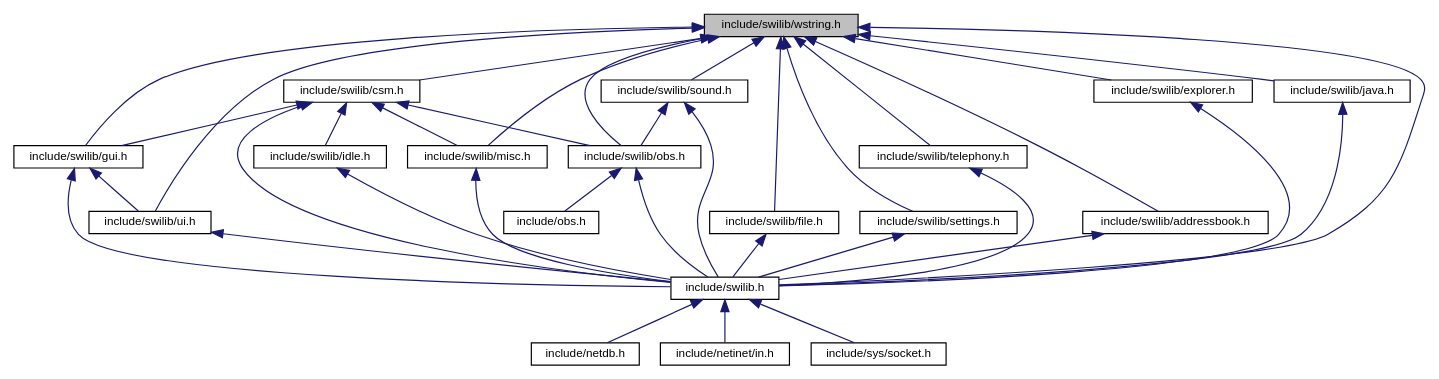
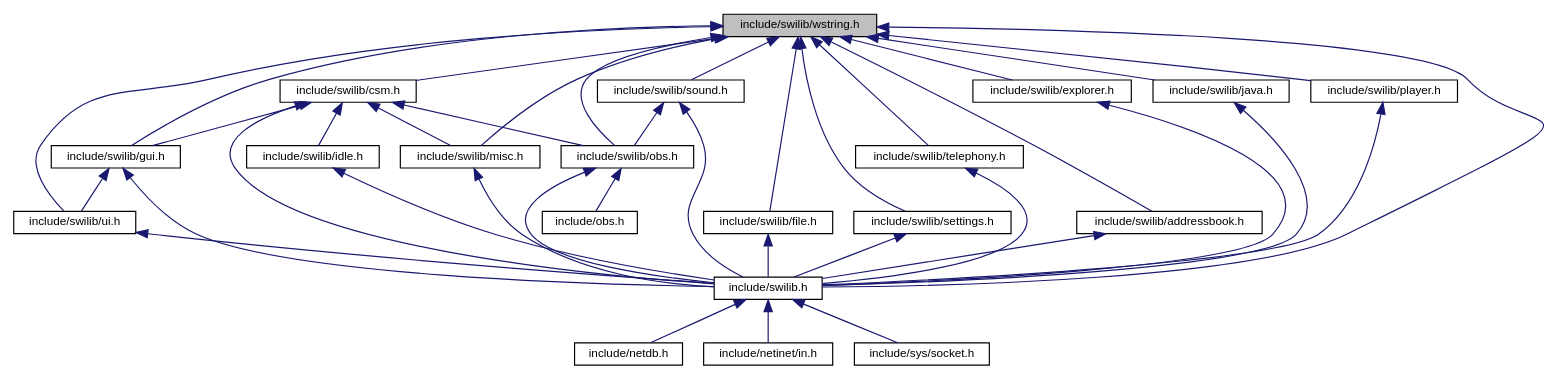
Before and after one commit to siemens-mobile-hacks/sdk: the diagram in swilib/SG_X75/wstring_8h__dep__incl.dot, drawn with Graphviz. The commit also changed 1269 other files, not shown here.

```diff
--- a/swilib/SG_X75/wstring_8h__dep__incl.dot
+++ b/swilib/SG_X75/wstring_8h__dep__incl.dot
@@ -1,61 +1,64 @@
 digraph "include/swilib/wstring.h"
 {
  // LATEX_PDF_SIZE
   edge [fontname="Helvetica",fontsize="10",labelfontname="Helvetica",labelfontsize="10"];
   node [fontname="Helvetica",fontsize="10",shape=record];
   Node1 [label="include/swilib/wstring.h",height=0.2,width=0.4,color="black", fillcolor="grey75", style="filled", fontcolor="black",tooltip=" "];
   Node1 -> Node2 [dir="back",color="midnightblue",fontsize="10",style="solid",fontname="Helvetica"];
   Node2 [label="include/swilib.h",height=0.2,width=0.4,color="black", fillcolor="white", style="filled",URL="$swilib_8h.html",tooltip=" "];
   Node2 -> Node3 [dir="back",color="midnightblue",fontsize="10",style="solid",fontname="Helvetica"];
   Node3 [label="include/netdb.h",height=0.2,width=0.4,color="black", fillcolor="white", style="filled",URL="$netdb_8h.html",tooltip=" "];
   Node2 -> Node4 [dir="back",color="midnightblue",fontsize="10",style="solid",fontname="Helvetica"];
   Node4 [label="include/netinet/in.h",height=0.2,width=0.4,color="black", fillcolor="white", style="filled",URL="$in_8h.html",tooltip=" "];
   Node2 -> Node5 [dir="back",color="midnightblue",fontsize="10",style="solid",fontname="Helvetica"];
   Node5 [label="include/sys/socket.h",height=0.2,width=0.4,color="black", fillcolor="white", style="filled",URL="$sys_2socket_8h.html",tooltip=" "];
   Node1 -> Node6 [dir="back",color="midnightblue",fontsize="10",style="solid",fontname="Helvetica"];
   Node6 [label="include/swilib/csm.h",height=0.2,width=0.4,color="black", fillcolor="white", style="filled",URL="$csm_8h.html",tooltip=" "];
   Node6 -> Node2 [dir="back",color="midnightblue",fontsize="10",style="solid",fontname="Helvetica"];
   Node6 -> Node7 [dir="back",color="midnightblue",fontsize="10",style="solid",fontname="Helvetica"];
   Node7 [label="include/swilib/gui.h",height=0.2,width=0.4,color="black", fillcolor="white", style="filled",URL="$gui_8h.html",tooltip=" "];
   Node7 -> Node2 [dir="back",color="midnightblue",fontsize="10",style="solid",fontname="Helvetica"];
   Node7 -> Node8 [dir="back",color="midnightblue",fontsize="10",style="solid",fontname="Helvetica"];
   Node8 [label="include/swilib/ui.h",height=0.2,width=0.4,color="black", fillcolor="white", style="filled",URL="$ui_8h.html",tooltip=" "];
   Node8 -> Node2 [dir="back",color="midnightblue",fontsize="10",style="solid",fontname="Helvetica"];
   Node6 -> Node9 [dir="back",color="midnightblue",fontsize="10",style="solid",fontname="Helvetica"];
   Node9 [label="include/swilib/obs.h",height=0.2,width=0.4,color="black", fillcolor="white", style="filled",URL="$swilib_2obs_8h.html",tooltip=" "];
   Node9 -> Node2 [dir="back",color="midnightblue",fontsize="10",style="solid",fontname="Helvetica"];
   Node9 -> Node10 [dir="back",color="midnightblue",fontsize="10",style="solid",fontname="Helvetica"];
   Node10 [label="include/obs.h",height=0.2,width=0.4,color="black", fillcolor="white", style="filled",URL="$obs_8h.html",tooltip=" "];
   Node6 -> Node11 [dir="back",color="midnightblue",fontsize="10",style="solid",fontname="Helvetica"];
   Node11 [label="include/swilib/misc.h",height=0.2,width=0.4,color="black", fillcolor="white", style="filled",URL="$misc_8h.html",tooltip=" "];
   Node11 -> Node2 [dir="back",color="midnightblue",fontsize="10",style="solid",fontname="Helvetica"];
   Node6 -> Node12 [dir="back",color="midnightblue",fontsize="10",style="solid",fontname="Helvetica"];
   Node12 [label="include/swilib/idle.h",height=0.2,width=0.4,color="black", fillcolor="white", style="filled",URL="$idle_8h.html",tooltip=" "];
   Node12 -> Node2 [dir="back",color="midnightblue",fontsize="10",style="solid",fontname="Helvetica"];
   Node1 -> Node7 [dir="back",color="midnightblue",fontsize="10",style="solid",fontname="Helvetica"];
   Node1 -> Node8 [dir="back",color="midnightblue",fontsize="10",style="solid",fontname="Helvetica"];
   Node1 -> Node13 [dir="back",color="midnightblue",fontsize="10",style="solid",fontname="Helvetica"];
   Node13 [label="include/swilib/file.h",height=0.2,width=0.4,color="black", fillcolor="white", style="filled",URL="$file_8h.html",tooltip=" "];
   Node13 -> Node2 [dir="back",color="midnightblue",fontsize="10",style="solid",fontname="Helvetica"];
   Node1 -> Node9 [dir="back",color="midnightblue",fontsize="10",style="solid",fontname="Helvetica"];
   Node1 -> Node14 [dir="back",color="midnightblue",fontsize="10",style="solid",fontname="Helvetica"];
   Node14 [label="include/swilib/sound.h",height=0.2,width=0.4,color="black", fillcolor="white", style="filled",URL="$sound_8h.html",tooltip=" "];
   Node14 -> Node2 [dir="back",color="midnightblue",fontsize="10",style="solid",fontname="Helvetica"];
   Node14 -> Node9 [dir="back",color="midnightblue",fontsize="10",style="solid",fontname="Helvetica"];
   Node1 -> Node15 [dir="back",color="midnightblue",fontsize="10",style="solid",fontname="Helvetica"];
   Node15 [label="include/swilib/settings.h",height=0.2,width=0.4,color="black", fillcolor="white", style="filled",URL="$settings_8h.html",tooltip=" "];
   Node15 -> Node2 [dir="back",color="midnightblue",fontsize="10",style="solid",fontname="Helvetica"];
   Node1 -> Node16 [dir="back",color="midnightblue",fontsize="10",style="solid",fontname="Helvetica"];
   Node16 [label="include/swilib/telephony.h",height=0.2,width=0.4,color="black", fillcolor="white", style="filled",URL="$telephony_8h.html",tooltip=" "];
   Node16 -> Node2 [dir="back",color="midnightblue",fontsize="10",style="solid",fontname="Helvetica"];
   Node1 -> Node17 [dir="back",color="midnightblue",fontsize="10",style="solid",fontname="Helvetica"];
   Node17 [label="include/swilib/addressbook.h",height=0.2,width=0.4,color="black", fillcolor="white", style="filled",URL="$addressbook_8h.html",tooltip=" "];
   Node17 -> Node2 [dir="back",color="midnightblue",fontsize="10",style="solid",fontname="Helvetica"];
   Node1 -> Node18 [dir="back",color="midnightblue",fontsize="10",style="solid",fontname="Helvetica"];
   Node18 [label="include/swilib/explorer.h",height=0.2,width=0.4,color="black", fillcolor="white", style="filled",URL="$explorer_8h.html",tooltip=" "];
   Node18 -> Node2 [dir="back",color="midnightblue",fontsize="10",style="solid",fontname="Helvetica"];
   Node1 -> Node19 [dir="back",color="midnightblue",fontsize="10",style="solid",fontname="Helvetica"];
   Node19 [label="include/swilib/java.h",height=0.2,width=0.4,color="black", fillcolor="white", style="filled",URL="$java_8h.html",tooltip=" "];
   Node19 -> Node2 [dir="back",color="midnightblue",fontsize="10",style="solid",fontname="Helvetica"];
   Node1 -> Node11 [dir="back",color="midnightblue",fontsize="10",style="solid",fontname="Helvetica"];
+  Node1 -> Node20 [dir="back",color="midnightblue",fontsize="10",style="solid",fontname="Helvetica"];
+  Node20 [label="include/swilib/player.h",height=0.2,width=0.4,color="black", fillcolor="white", style="filled",URL="$player_8h.html",tooltip=" "];
+  Node20 -> Node2 [dir="back",color="midnightblue",fontsize="10",style="solid",fontname="Helvetica"];
 }
```
